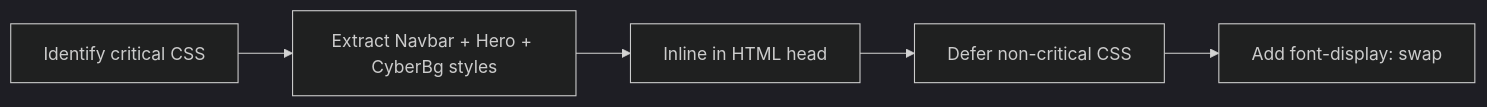
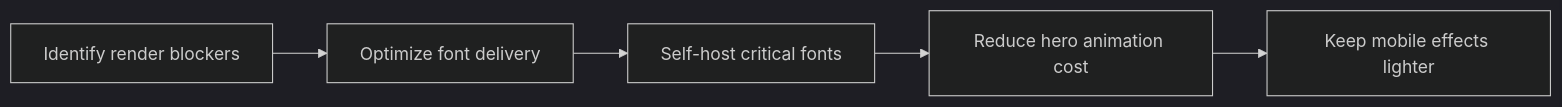
The third of 4 diagrams in plans/performance-optimization-plan.md (myonnewzeland/devops-portfolio-builder), drawn with Mermaid (dark theme) before and after one commit. The commit also changed other lines of this file and 2 other files, not shown here.

````diff
--- a/plans/performance-optimization-plan.md
+++ b/plans/performance-optimization-plan.md
@@ -87,7 +98,7 @@
 ```mermaid
 graph LR
-    A[Identify critical CSS] --> B[Extract Navbar + Hero + CyberBg styles]
-    B --> C[Inline in HTML head]
-    C --> D[Defer non-critical CSS]
-    D --> E[Add font-display: swap]
+    A[Identify render blockers] --> B[Optimize font delivery]
+    B --> C[Self-host critical fonts]
+    C --> D[Reduce hero animation cost]
+    D --> E[Keep mobile effects lighter]
 ```
````
